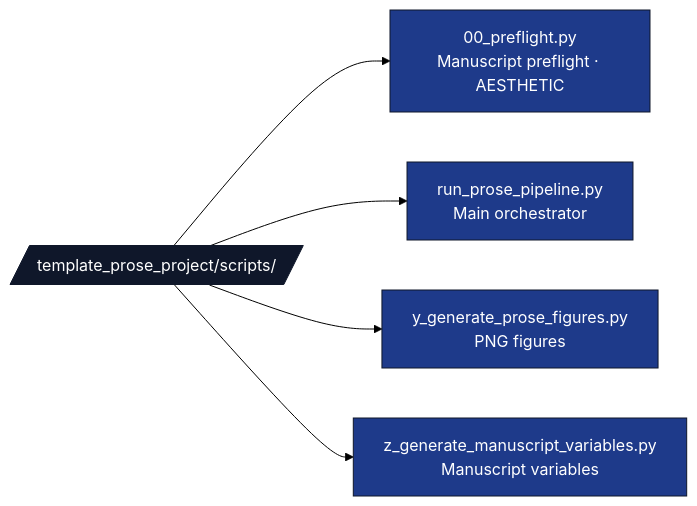
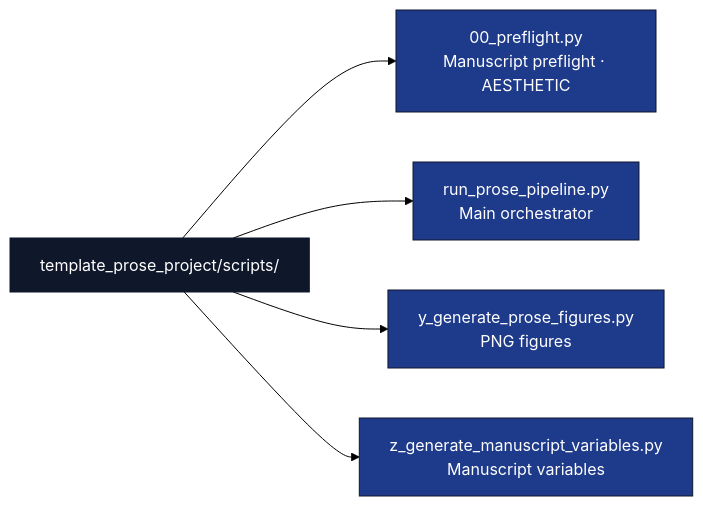
The diagram in projects/templates/template_prose_project/scripts/AGENTS.md (docxology/template), drawn with Mermaid (forest theme) before and after one commit. The commit also changed 94 other files, not shown here.

````diff
--- a/projects/templates/template_prose_project/scripts/AGENTS.md
+++ b/projects/templates/template_prose_project/scripts/AGENTS.md
@@ -15,13 +15,13 @@
 ```mermaid
 flowchart LR
-    SC[/template_prose_project/scripts//]
+    SC[template_prose_project/scripts/]
     SC --> S0[00_preflight.py<br/>Manuscript preflight · AESTHETIC]
     SC --> S1[run_prose_pipeline.py<br/>Main orchestrator]
     SC --> S2[y_generate_prose_figures.py<br/>PNG figures]
     SC --> S3[z_generate_manuscript_variables.py<br/>Manuscript variables]
 
     classDef d fill:#0f172a,stroke:#0f172a,color:#fff
     classDef code fill:#1e3a8a,stroke:#0f172a,color:#fff
     class SC d
     class S0,S1,S2,S3 code
 ```
````
